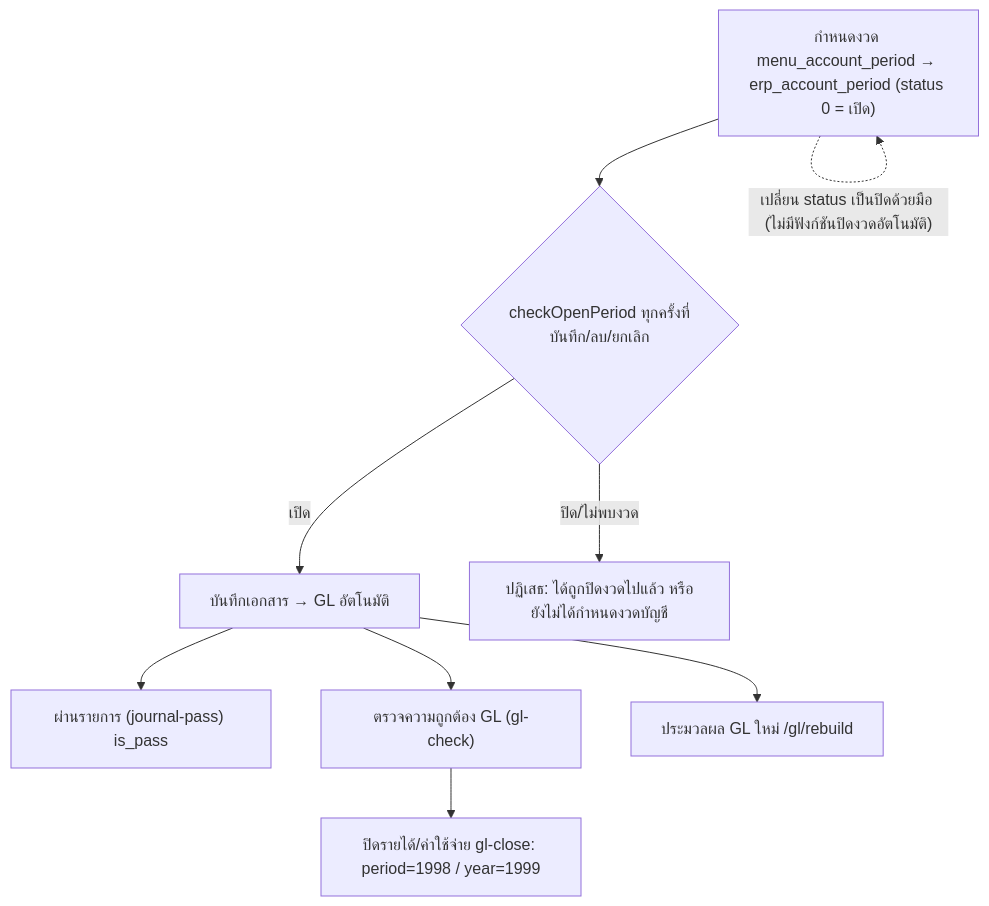
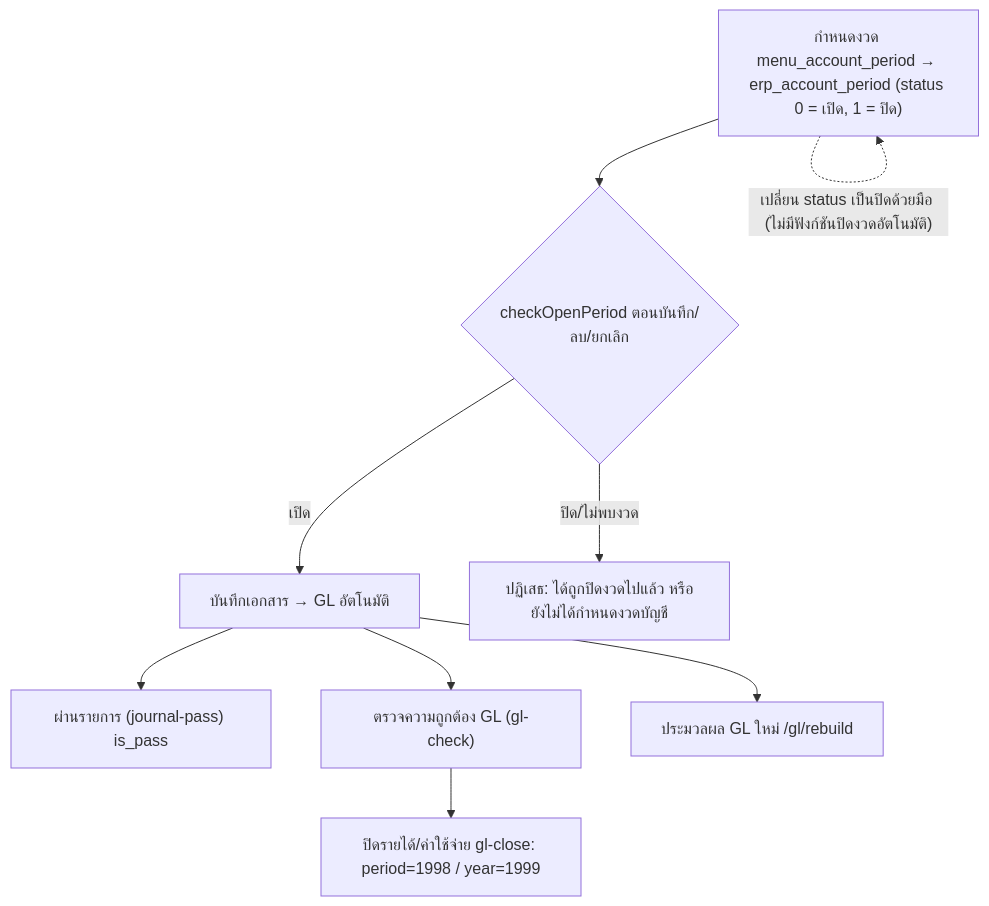
One commit to jaturapornchai/bcbrain changed the diagram in vault/flows/flow-period-year-close.md. Above: the diagram before and after it, drawn with Mermaid. The commit also changed other lines of this file and 513 other files, not shown here.

````diff
--- a/vault/flows/flow-period-year-close.md
+++ b/vault/flows/flow-period-year-close.md
@@ -18,11 +18,11 @@
 ```mermaid
 flowchart TD
-  P["กำหนดงวด menu_account_period → erp_account_period (status 0 = เปิด)"] --> G{"checkOpenPeriod ทุกครั้งที่บันทึก/ลบ/ยกเลิก"}
+  P["กำหนดงวด menu_account_period → erp_account_period (status 0 = เปิด, 1 = ปิด)"] --> G{"checkOpenPeriod ตอนบันทึก/ลบ/ยกเลิก"}
   G -->|"เปิด"| SAVE["บันทึกเอกสาร → GL อัตโนมัติ"]
   G -->|"ปิด/ไม่พบงวด"| ERR["ปฏิเสธ: ได้ถูกปิดงวดไปแล้ว หรือยังไม่ได้กำหนดงวดบัญชี"]
   SAVE --> PASS["ผ่านรายการ (journal-pass) is_pass"]
   SAVE --> CHK["ตรวจความถูกต้อง GL (gl-check)"]
   CHK --> CLOSE["ปิดรายได้/ค่าใช้จ่าย gl-close: period=1998 / year=1999"]
   SAVE --> RB["ประมวลผล GL ใหม่ /gl/rebuild"]
   P -.->|"เปลี่ยน status เป็นปิดด้วยมือ (ไม่มีฟังก์ชันปิดงวดอัตโนมัติ)"| P
 ```
````
